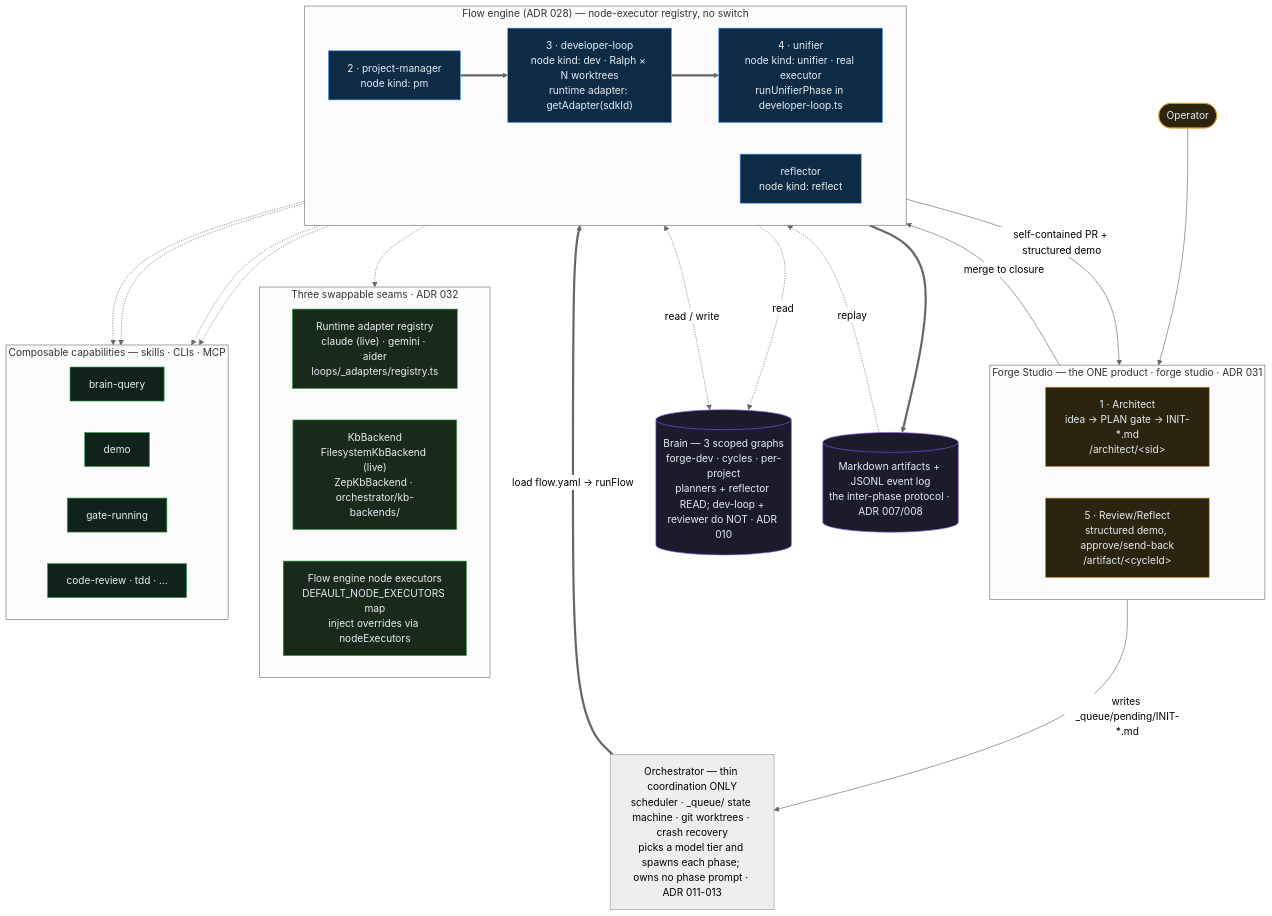
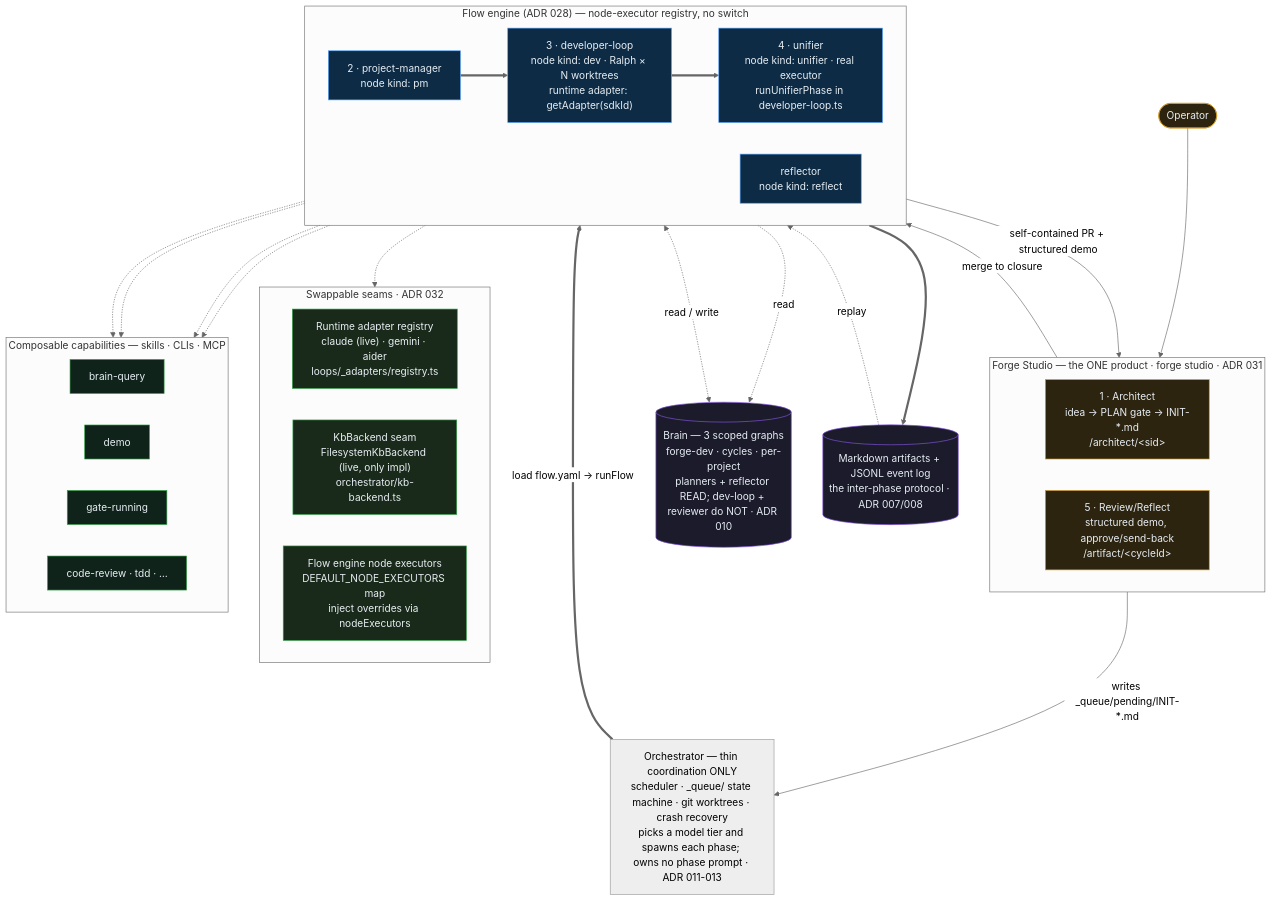
The diagram in ARCHITECTURE.md (parsoFish/forge-studio), drawn with Mermaid (neutral theme) before and after one commit. The commit also changed other lines of this file and 55 other files, not shown here.

````diff
--- a/ARCHITECTURE.md
+++ b/ARCHITECTURE.md
@@ -41,65 +42,65 @@
 ```mermaid
 flowchart TB
     OP(["Operator"])
 
     subgraph STUDIO["Forge Studio — the ONE product · forge studio · ADR 031"]
         direction LR
         AR["1 · Architect<br/>idea → PLAN gate → INIT-*.md<br/>/architect/&lt;sid&gt;"]
         RV["5 · Review/Reflect<br/>structured demo, approve/send-back<br/>/artifact/&lt;cycleId&gt;"]
     end
 
     ORCH["Orchestrator — thin coordination ONLY<br/>scheduler · _queue/ state machine · git worktrees · crash recovery<br/>picks a model tier and spawns each phase; owns no phase prompt · ADR 011-013"]
 
     subgraph ENGINE["Flow engine (ADR 028) — node-executor registry, no switch"]
         direction LR
         PM["2 · project-manager<br/>node kind: pm"]
         DV["3 · developer-loop<br/>node kind: dev · Ralph × N worktrees<br/>runtime adapter: getAdapter(sdkId)"]
         UN["4 · unifier<br/>node kind: unifier · real executor<br/>runUnifierPhase in developer-loop.ts"]
         RFL["reflector<br/>node kind: reflect"]
     end
 
-    subgraph SEAMS["Three swappable seams · ADR 032"]
+    subgraph SEAMS["Swappable seams · ADR 032"]
         direction LR
         RA["Runtime adapter registry<br/>claude (live) · gemini · aider<br/>loops/_adapters/registry.ts"]
-        KB["KbBackend<br/>FilesystemKbBackend (live)<br/>ZepKbBackend · orchestrator/kb-backends/"]
+        KB["KbBackend seam<br/>FilesystemKbBackend (live, only impl)<br/>orchestrator/kb-backend.ts"]
         FE["Flow engine node executors<br/>DEFAULT_NODE_EXECUTORS map<br/>inject overrides via nodeExecutors"]
     end
 
     subgraph CAP["Composable capabilities — skills · CLIs · MCP"]
         direction LR
         C1["brain-query"]
         C2["demo"]
         C3["gate-running"]
         C4["code-review · tdd · …"]
     end
 
     BRAIN[("Brain — 3 scoped graphs<br/>forge-dev · cycles · per-project<br/>planners + reflector READ; dev-loop + reviewer do NOT · ADR 010")]
     LOG[("Markdown artifacts + JSONL event log<br/>the inter-phase protocol · ADR 007/008")]
 
     OP --> STUDIO
     AR -->|"writes _queue/pending/INIT-*.md"| ORCH
     ORCH ==>|"load flow.yaml → runFlow"| PM
     PM ==> DV ==> UN
     UN -->|"self-contained PR + structured demo"| RV
     RV -->|"merge to closure"| RFL
     ENGINE -.-> SEAMS
     PM -.-> CAP
     DV -.-> CAP
     UN -.-> CAP
     RFL -.-> CAP
     PM -.->|read| BRAIN
     RFL <-.->|read / write| BRAIN
     ENGINE ==> LOG
     LOG -.->|replay| RFL
 
     classDef agent fill:#0d2b45,stroke:#58a6ff,color:#e6edf3;
     classDef seam fill:#1a2a1a,stroke:#2ea043,color:#e6edf3;
     classDef cap fill:#10231a,stroke:#2ea043,color:#e6edf3;
     classDef store fill:#1b1b2b,stroke:#8957e5,color:#e6edf3;
     classDef human fill:#2d2410,stroke:#d29922,color:#e6edf3;
     class PM,DV,UN,RFL agent;
     class RA,KB,FE seam;
     class C1,C2,C3,C4 cap;
     class BRAIN,LOG store;
     class OP,AR,RV human;
 ```
````
